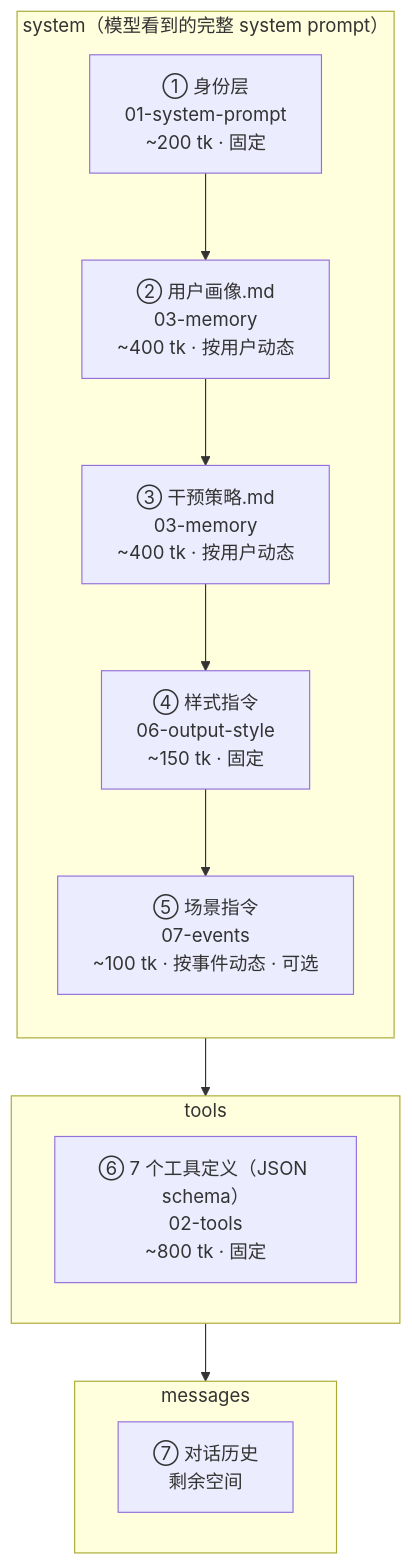
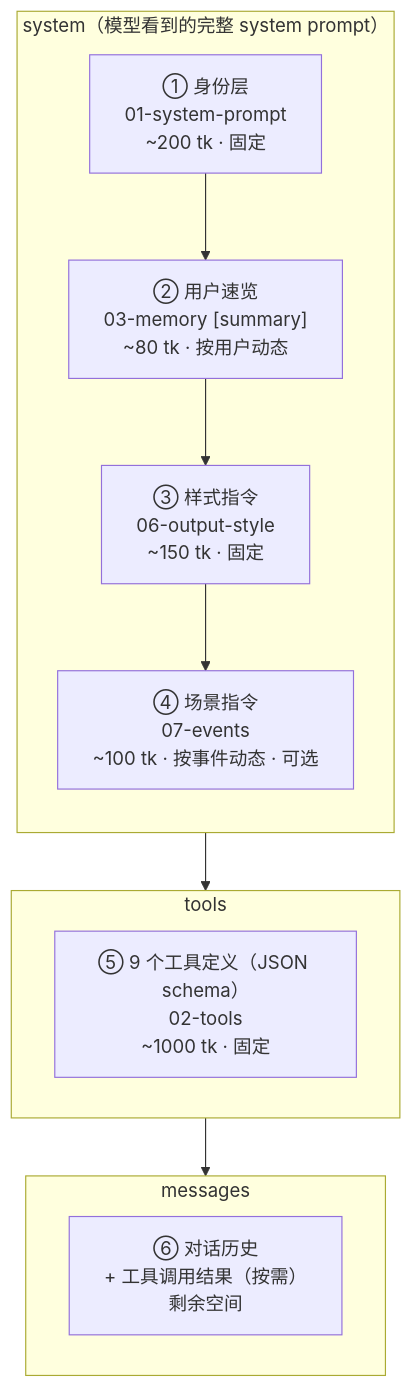
The diagram in isho-agent/04-context-assembly.md (Trendolhxh/test), drawn with Mermaid before and after one commit. The commit also changed other lines of this file and 7 other files, not shown here.

Commit message:
docs: restructure agent memory architecture to V3

````diff
--- a/isho-agent/04-context-assembly.md
+++ b/isho-agent/04-context-assembly.md
@@ -10,22 +10,21 @@
 ```mermaid
 flowchart TD
     subgraph SYSTEM["system（模型看到的完整 system prompt）"]
         direction TB
         S1["① 身份层\n01-system-prompt\n~200 tk · 固定"]
-        S2["② 用户画像.md\n03-memory\n~400 tk · 按用户动态"]
-        S3["③ 干预策略.md\n03-memory\n~400 tk · 按用户动态"]
-        S4["④ 样式指令\n06-output-style\n~150 tk · 固定"]
-        S5["⑤ 场景指令\n07-events\n~100 tk · 按事件动态 · 可选"]
-        S1 --> S2 --> S3 --> S4 --> S5
+        S2["② 用户速览\n03-memory [summary]\n~80 tk · 按用户动态"]
+        S3["③ 样式指令\n06-output-style\n~150 tk · 固定"]
+        S4["④ 场景指令\n07-events\n~100 tk · 按事件动态 · 可选"]
+        S1 --> S2 --> S3 --> S4
     end
 
     subgraph TOOLS["tools"]
-        T1["⑥ 7 个工具定义（JSON schema）\n02-tools\n~800 tk · 固定"]
+        T1["⑤ 9 个工具定义（JSON schema）\n02-tools\n~1000 tk · 固定"]
     end
 
     subgraph MESSAGES["messages"]
-        M1["⑦ 对话历史\n剩余空间"]
+        M1["⑥ 对话历史\n+ 工具调用结果（按需）\n剩余空间"]
     end
 
     SYSTEM --> TOOLS --> MESSAGES
 ```
````
